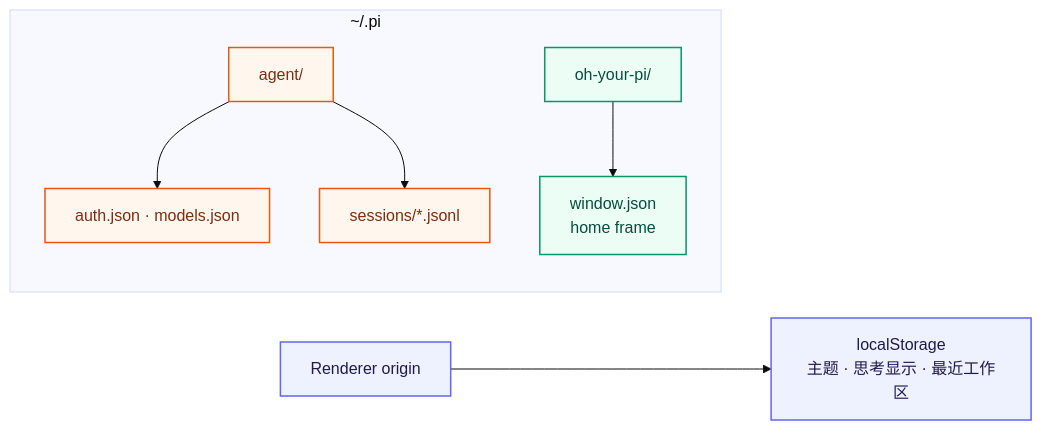
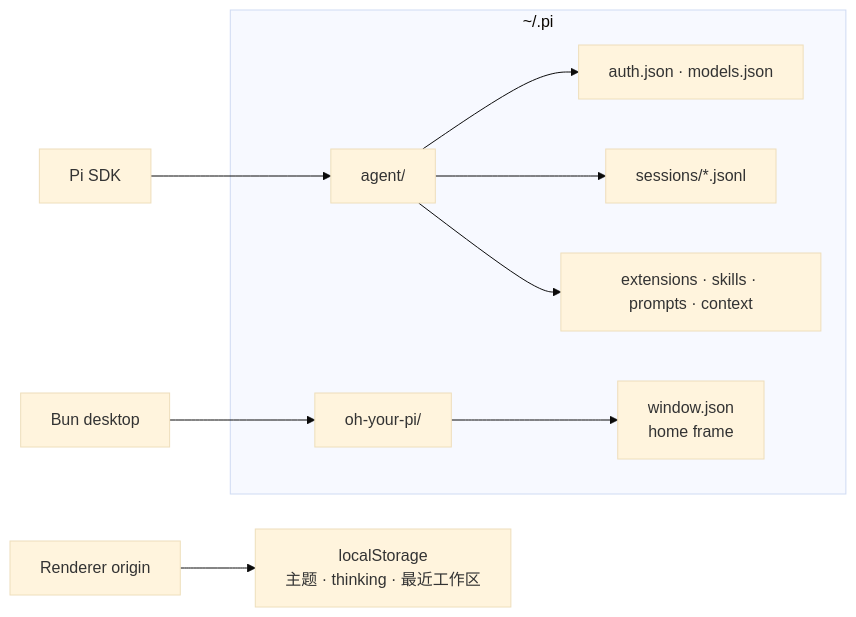
Before and after one commit to wind-chasers/oh-your-pi: the third of 3 diagrams in ai.prompt/architecture.md, drawn with Mermaid (base theme). The commit also changed other lines of this file and 166 other files, not shown here.

First line of the commit message:
Refactor app architecture and enhance chat workflows (#1)

````diff
--- a/ai.prompt/architecture.md
+++ b/ai.prompt/architecture.md
@@ -116,16 +144,12 @@
 ```mermaid
 flowchart LR
   subgraph PiHome["~/.pi"]
     Agent["agent/"] --> Credentials["auth.json · models.json"]
     Agent --> Sessions["sessions/*.jsonl"]
-    App["oh-your-pi/"] --> Window["window.json\nhome frame"]
+    Agent --> Resources["extensions · skills · prompts · context"]
+    AppData["oh-your-pi/"] --> Window["window.json\nhome frame"]
   end
-  Browser["Renderer origin"] --> Preferences["localStorage\n主题 · 思考显示 · 最近工作区"]
-
-  classDef pi fill:#FFF7ED,stroke:#EA580C,color:#7C2D12,stroke-width:1.5px;
-  classDef app fill:#ECFDF5,stroke:#059669,color:#064E3B,stroke-width:1.5px;
-  classDef browser fill:#EEF2FF,stroke:#6366F1,color:#1E1B4B,stroke-width:1.5px;
-  class Agent,Credentials,Sessions pi;
-  class App,Window app;
-  class Browser,Preferences browser;
+  Renderer["Renderer origin"] --> Preferences["localStorage\n主题 · thinking · 最近工作区"]
+  PiSDK["Pi SDK"] --> Agent
+  Desktop["Bun desktop"] --> AppData
 ```
````
